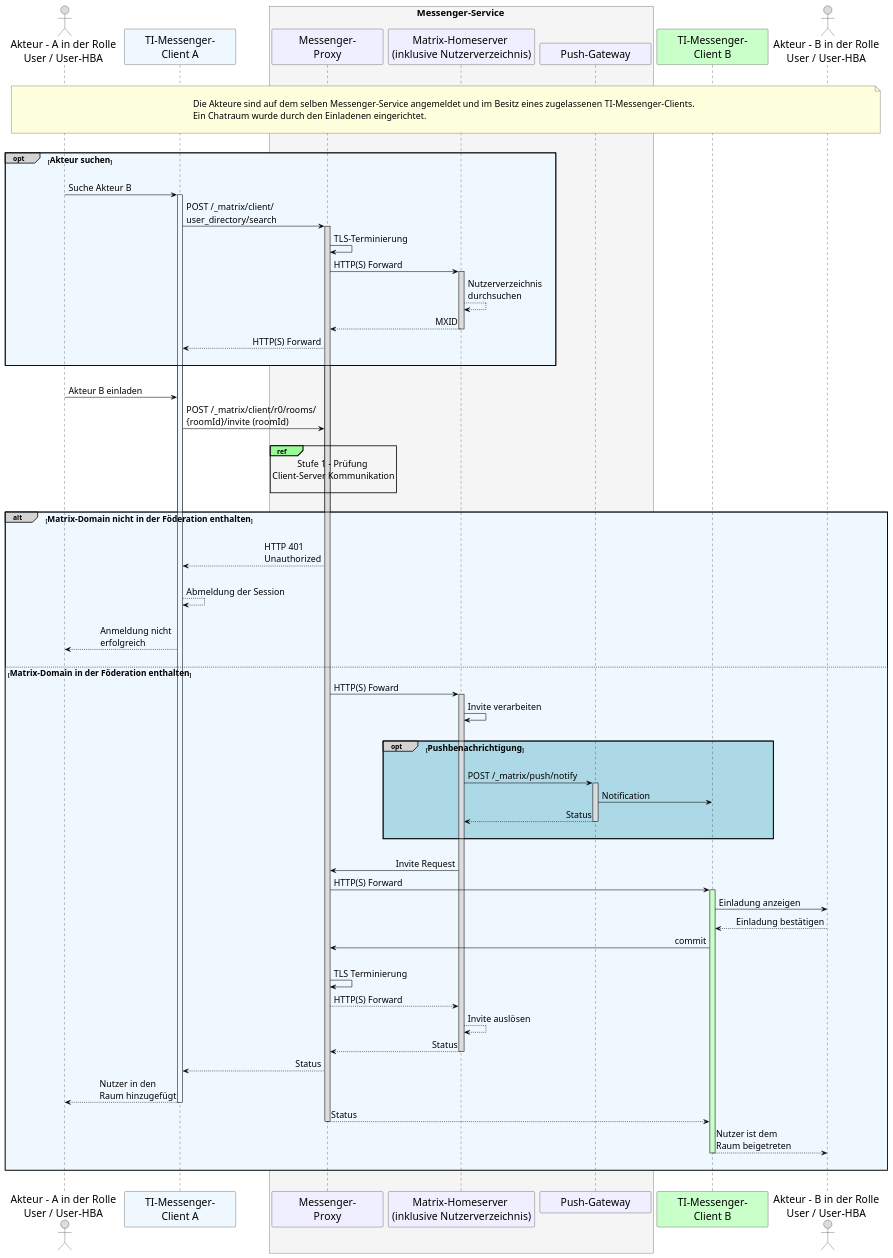
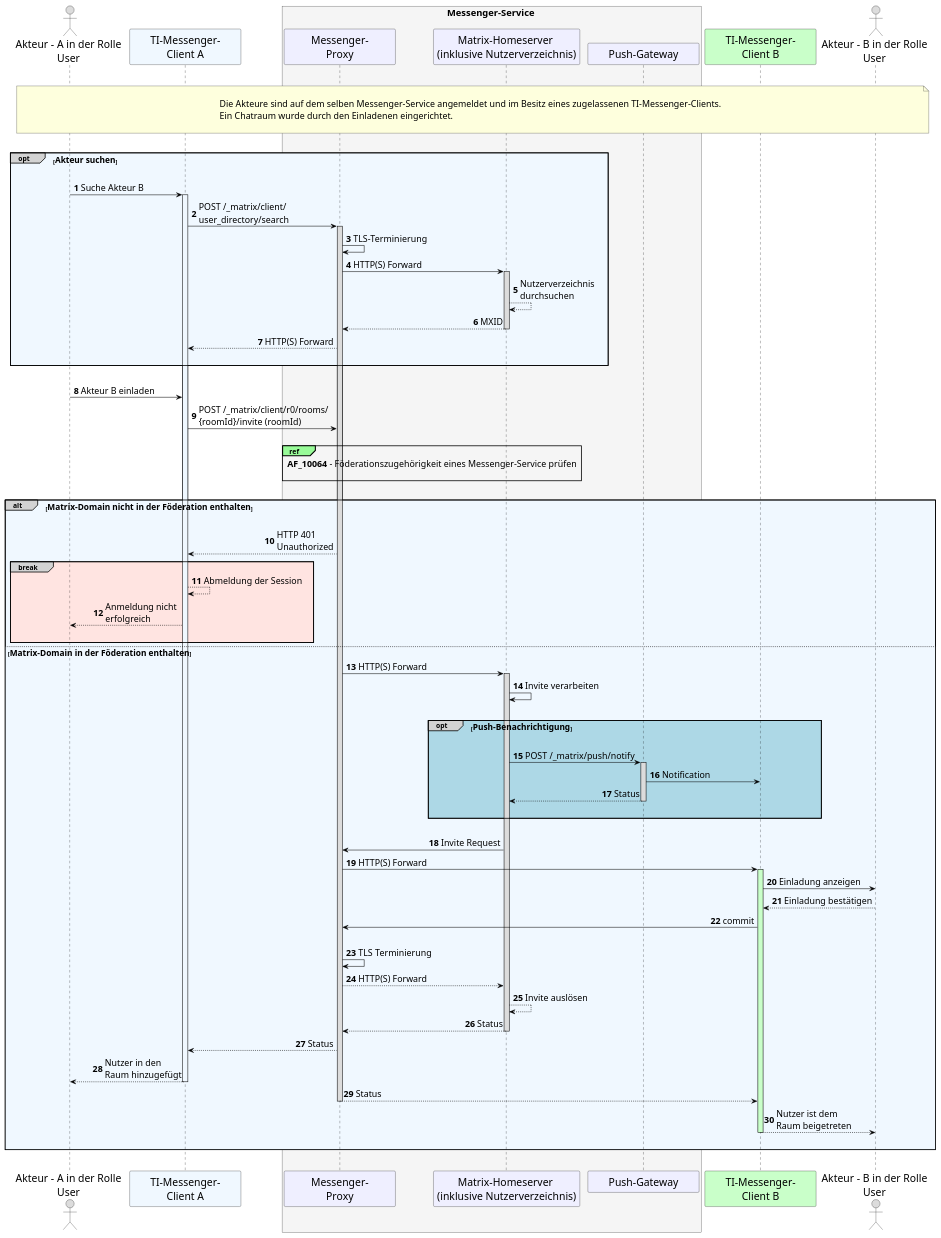
One commit to gematik/api-ti-messenger changed the diagram in src/plantuml/TI-Messenger-Dienst/Ressourcen/UC_10104_Seq.puml. Above: the diagram before and after it, drawn with PlantUML. The commit also changed other lines of this file, not shown here.

Commit message:
removed HBA-User for Basis-Spec, minor fixes

```diff
--- a/src/plantuml/TI-Messenger-Dienst/Ressourcen/UC_10104_Seq.puml
+++ b/src/plantuml/TI-Messenger-Dienst/Ressourcen/UC_10104_Seq.puml
@@ -9,114 +6,115 @@
 @startuml
 skinparam sequenceMessageAlign direction
 skinparam minClassWidth 200
 skinparam BoxPadding 1
 skinparam sequenceReferenceHeaderBackgroundColor palegreen
 scale max 2048 width
 
 skinparam sequence {
 ArrowColor black
 ArrowFontSize 17
 ActorBorderColor black
 LifeLineBorderColor black
 LifeLineBackgroundColor Gainsboro
 
 ParticipantBorderColor Motivation
 ParticipantBackgroundColor Motivation
-ParticipantFontName Impact
 ParticipantFontSize 20
 ParticipantFontColor black
 ParticipantBorderColor Black
 ParticipantBackgroundColor MOTIVATION
 
 ActorBackgroundColor Gainsboro
 ActorFontColor black
 ActorFontSize 20
-ActorFontName Aapex
 }
-    actor U1 as "Akteur - A in der Rolle\nUser / User-HBA"
+autonumber
+
+    actor U1 as "Akteur - A in der Rolle\nUser"
     participant C1 as "TI-Messenger-\nClient A" #AliceBlue
     box <size:18>Messenger-Service</size> #WhiteSmoke
       participant MP as "Messenger-\nProxy"
       participant MH as "Matrix-Homeserver \n(inklusive Nutzerverzeichnis)"
       participant PG as "Push-Gateway"
     end box
     participant C2 as "TI-Messenger-\nClient B"#TECHNOLOGY
-    actor U2 as "Akteur - B in der Rolle\nUser / User-HBA"
+    actor U2 as "Akteur - B in der Rolle\nUser"
     
 |||
 note over U1, U2: \n<size:17>Die Akteure sind auf dem selben Messenger-Service angemeldet und im Besitz eines zugelassenen TI-Messenger-Clients.\n<size:17>Ein Chatraum wurde durch den Einladenen eingerichtet.</size>\n
 |||
 
     opt#LightGrey #AliceBlue <size:16>Akteur suchen</size>
     |||
     U1->C1: Suche Akteur B
       activate C1 #AliceBlue
     C1->MP: POST /_matrix/client/\nuser_directory/search
       activate MP
     MP->MP: TLS-Terminierung
     MP->MH: HTTP(S) Forward
       activate MH
     MH-->MH: Nutzerverzeichnis \ndurchsuchen
     MH-->MP: MXID
       deactivate MH
     MP-->C1: HTTP(S) Forward
     |||
     end
     
     |||
     U1->C1: Akteur B einladen
     C1->MP: POST /_matrix/client/r0/rooms/\n{roomId}/invite (roomId)
     
     |||
-      ref over MP, MP: <size:17>Stufe 1 - Prüfung \n<size:17>Client-Server Kommunikation</size>\n 
+      ref over MP, MH: <size:17><b>AF_10064</b> - Föderationszugehörigkeit eines Messenger-Service prüfen</size>\n 
     |||
     
     alt#LightGrey #AliceBlue <size:16>Matrix-Domain nicht in der Föderation enthalten</size>
       |||
       MP-->C1: HTTP 401 \nUnauthorized
-      |||
-      C1-->C1: Abmeldung der Session
-      |||
-      C1-->U1: Anmeldung nicht \nerfolgreich
-      |||
+
+      break#LightGrey #MistyRose
+        C1-->C1: Abmeldung der Session
+        C1-->U1: Anmeldung nicht \nerfolgreich
+        |||
+      end
     
       else <size:16>Matrix-Domain in der Föderation enthalten</size>
     
-      MP->MH: HTTP(S) Foward
+      MP->MH: HTTP(S) Forward
         activate MH
       MH->MH: Invite verarbeiten
       |||
-        opt#LightGrey #LightBlue <size:16>Pushbenachrichtigung</size>
+        opt#LightGrey #LightBlue <size:16>Push-Benachrichtigung</size>
           |||
           MH->PG: POST /_matrix/push/notify
             activate PG
           PG->C2: Notification
           PG-->MH: Status
             deactivate PG
         |||
         end
         |||
           MH->MP: Invite Request
           MP->C2: HTTP(S) Forward
             activate C2 #TECHNOLOGY
           C2->U2: Einladung anzeigen
           U2-->C2: Einladung bestätigen
           C2->MP: commit
           |||
           MP->MP: TLS Terminierung
           MP-->MH: HTTP(S) Forward
           MH-->MH: Invite auslösen
           MH-->MP: Status
             deactivate MH
           MP-->C1: Status
           C1-->U1: Nutzer in den \nRaum hinzugefügt
             deactivate C1
           MP-->C2: Status
             deactivate MP
           C2-->U2: Nutzer ist dem \nRaum beigetreten
             deactivate C2
 
         |||
         end
  |||
 @enduml
```
